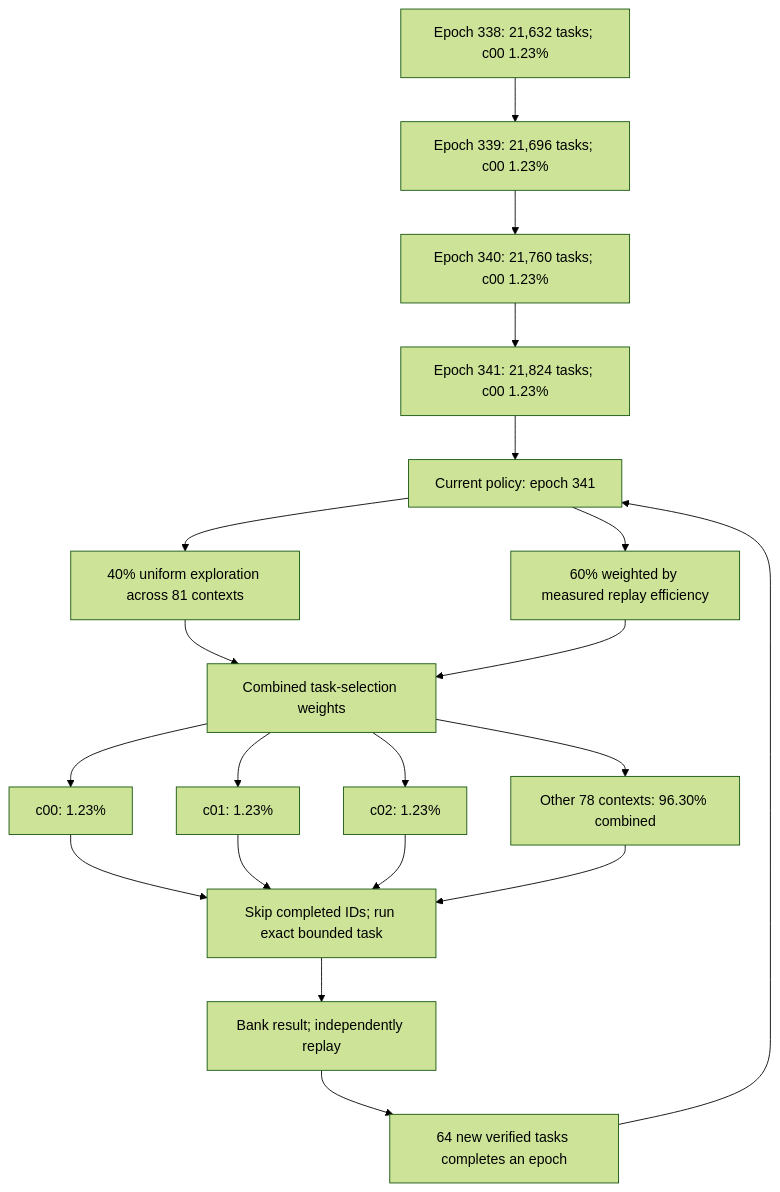
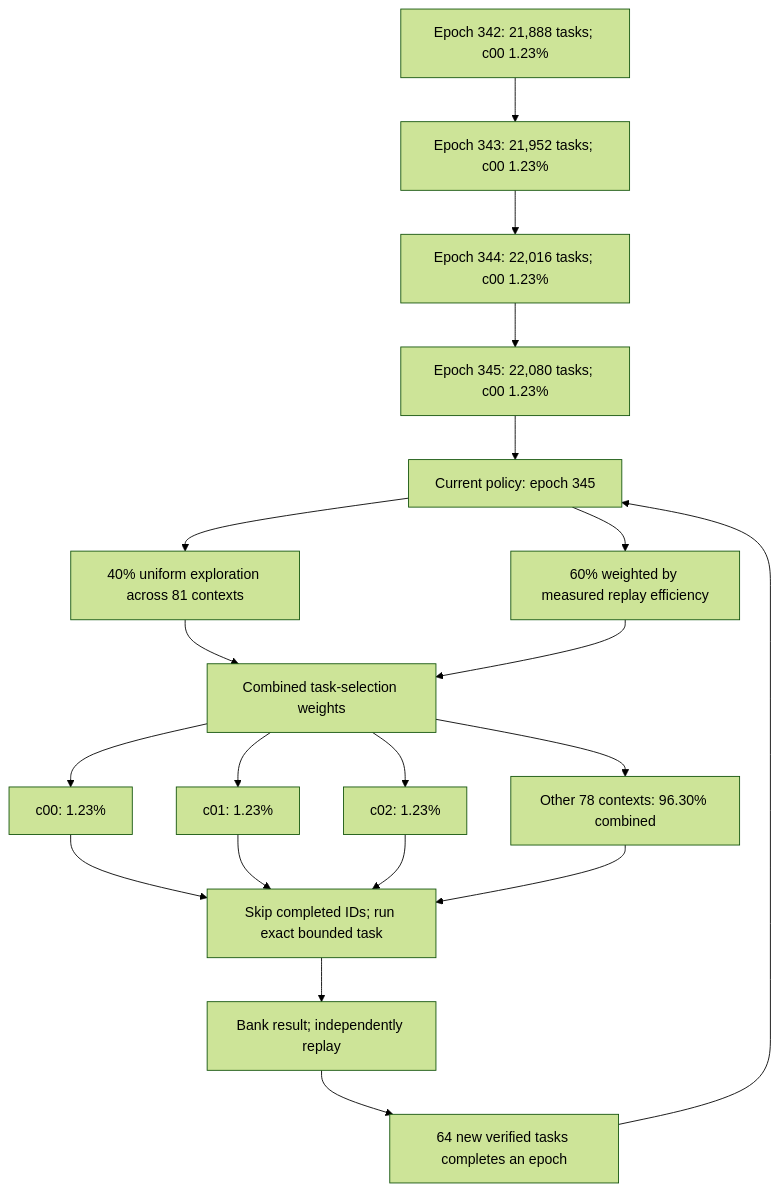
The first of 2 diagrams in README.md (Kuberwastaken/math-gambling), drawn with Mermaid (forest theme) before and after one commit. The commit also changed other lines of this file and 600 other files, not shown here.

````diff
--- a/README.md
+++ b/README.md
@@ -49,27 +49,27 @@
 ```mermaid
 flowchart TD
-    H0["Epoch 338: 21,632 tasks; c00 1.23%"]
-    H1["Epoch 339: 21,696 tasks; c00 1.23%"]
+    H0["Epoch 342: 21,888 tasks; c00 1.23%"]
+    H1["Epoch 343: 21,952 tasks; c00 1.23%"]
     H0 --> H1
-    H2["Epoch 340: 21,760 tasks; c00 1.23%"]
+    H2["Epoch 344: 22,016 tasks; c00 1.23%"]
     H1 --> H2
-    H3["Epoch 341: 21,824 tasks; c00 1.23%"]
+    H3["Epoch 345: 22,080 tasks; c00 1.23%"]
     H2 --> H3
-    Policy["Current policy: epoch 341"]
+    Policy["Current policy: epoch 345"]
     H3 --> Policy
     Policy --> Explore["40% uniform exploration across 81 contexts"]
     Policy --> Cost["60% weighted by measured replay efficiency"]
     Explore --> Mix["Combined task-selection weights"]
     Cost --> Mix
     Mix --> C0["c00: 1.23%"]
     Mix --> C1["c01: 1.23%"]
     Mix --> C2["c02: 1.23%"]
     Mix --> Rest["Other 78 contexts: 96.30% combined"]
     C0 --> Check["Skip completed IDs; run exact bounded task"]
     C1 --> Check
     C2 --> Check
     Rest --> Check
     Check --> Replay["Bank result; independently replay"]
     Replay --> Gate["64 new verified tasks completes an epoch"]
     Gate --> Policy
 ```
````
